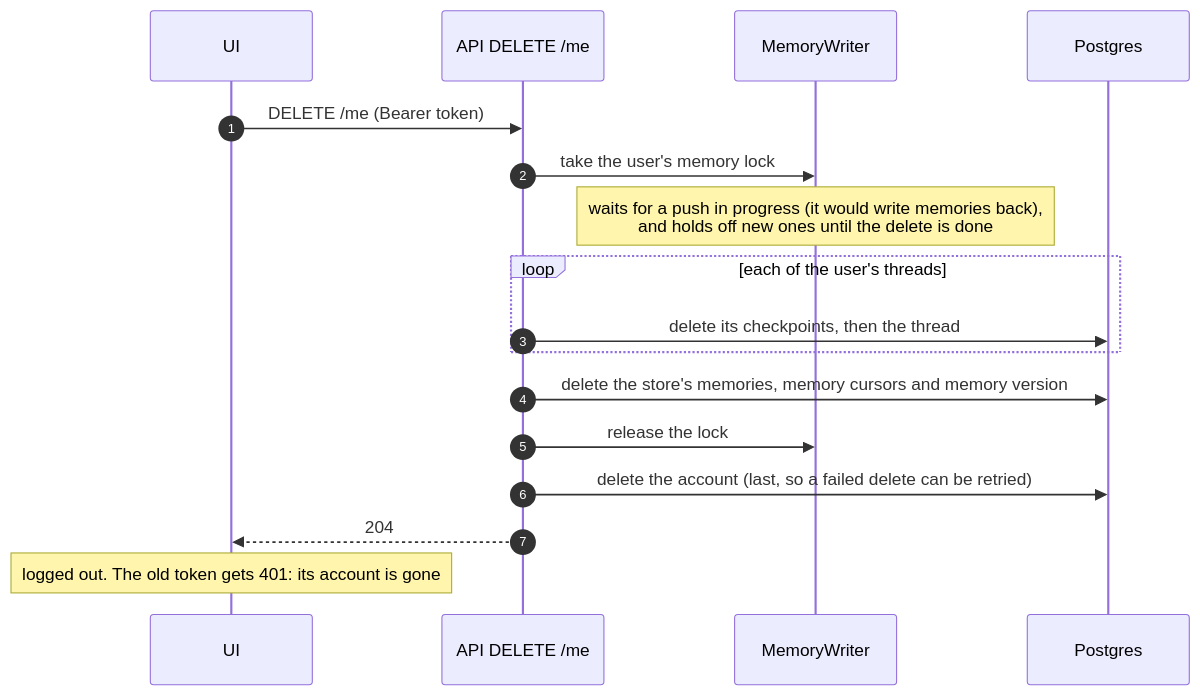
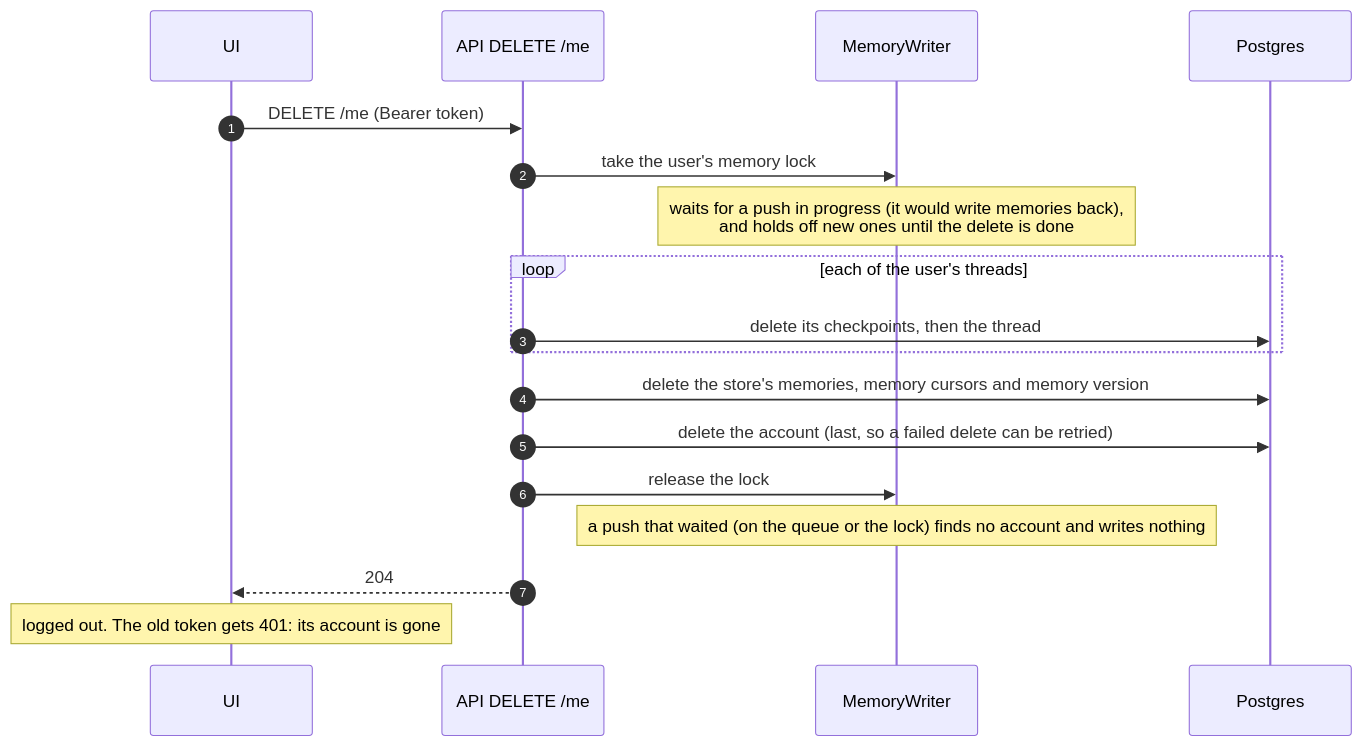
Before and after one commit to Anirudh1905/agentic-ai-chatbot: the sixth of 8 diagrams in docs/phase-8-security-observability.md, drawn with Mermaid. The commit also changed other lines of this file and 72 other files, not shown here.

````diff
--- a/docs/phase-8-security-observability.md
+++ b/docs/phase-8-security-observability.md
@@ -185,20 +185,21 @@
 ```mermaid
 sequenceDiagram
     autonumber
     participant U as UI
     participant A as API DELETE /me
     participant W as MemoryWriter
     participant DB as Postgres
 
     U->>A: DELETE /me (Bearer token)
     A->>W: take the user's memory lock
     Note over W: waits for a push in progress (it would write memories back),<br/>and holds off new ones until the delete is done
     loop each of the user's threads
         A->>DB: delete its checkpoints, then the thread
     end
     A->>DB: delete the store's memories, memory cursors and memory version
+    A->>DB: delete the account (last, so a failed delete can be retried)
     A->>W: release the lock
-    A->>DB: delete the account (last, so a failed delete can be retried)
+    Note over W: a push that waited (on the queue or the lock) finds no account and writes nothing
     A-->>U: 204
     Note over U: logged out. The old token gets 401: its account is gone
 ```
````
